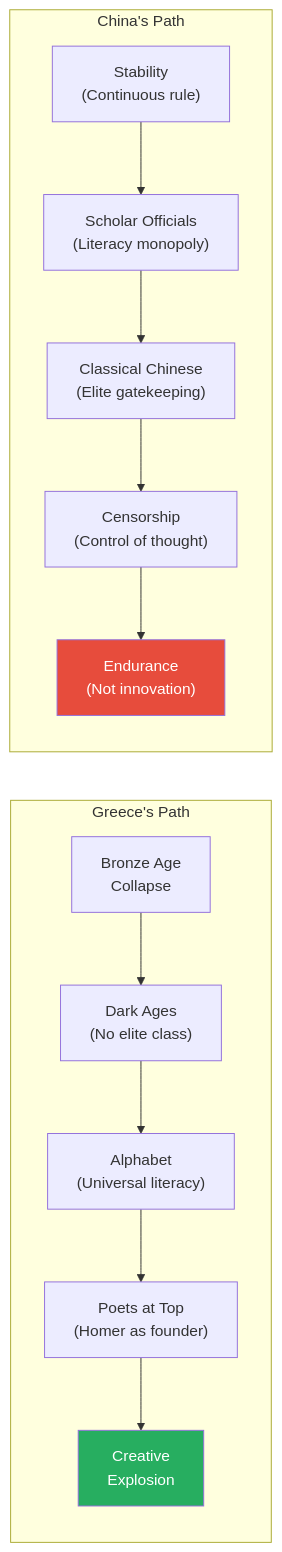
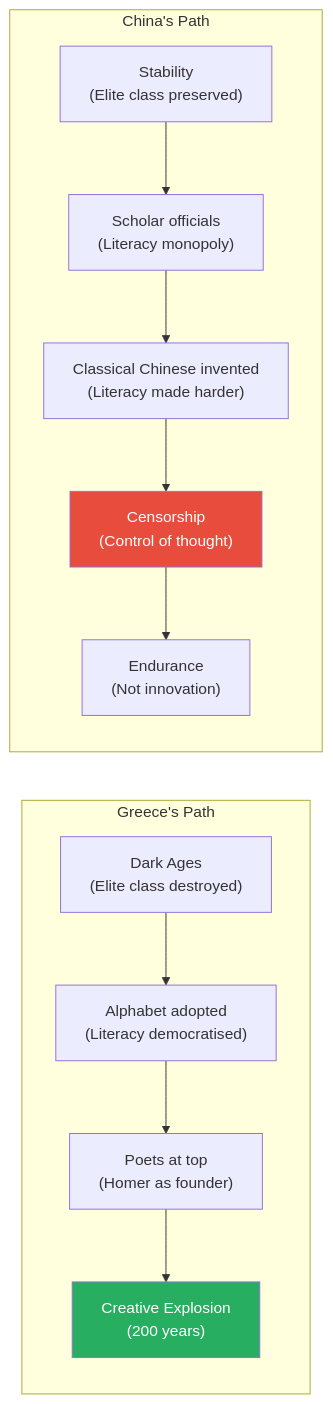
Before and after one commit to alius33/reader: the seventh of 7 diagrams in summaries/Lectures/Civilization/07 - Homer's Iliad and the Birth of Greek Civilization.md, drawn with Mermaid. The commit also changed other lines of this file and 26 other files, not shown here.

````diff
--- a/summaries/Lectures/Civilization/07 - Homer's Iliad and the Birth of Greek Civilization.md
+++ b/summaries/Lectures/Civilization/07 - Homer's Iliad and the Birth of Greek Civilization.md
@@ -579,17 +385,16 @@
 ```mermaid
 flowchart LR
-    subgraph PATH_G["Greece's Path"]
-        G_COLL["Bronze Age<br/>Collapse"] --> G_DARK["Dark Ages<br/>(No elite class)"]
-        G_DARK --> G_ALPHA["Alphabet<br/>(Universal literacy)"]
-        G_ALPHA --> G_POET["Poets at Top<br/>(Homer as founder)"]
-        G_POET --> G_INN["Creative<br/>Explosion"]
+    subgraph Greece["Greece's Path"]
+        GD["Dark Ages<br/>(Elite class destroyed)"] --> GA["Alphabet adopted<br/>(Literacy democratised)"]
+        GA --> GP["Poets at top<br/>(Homer as founder)"]
+        GP --> GI["Creative Explosion<br/>(200 years)"]
     end
-    subgraph PATH_C["China's Path"]
-        C_STAB["Stability<br/>(Continuous rule)"] --> C_ELITE["Scholar Officials<br/>(Literacy monopoly)"]
-        C_ELITE --> C_CLASS["Classical Chinese<br/>(Elite gatekeeping)"]
-        C_CLASS --> C_CENS["Censorship<br/>(Control of thought)"]
-        C_CENS --> C_END["Endurance<br/>(Not innovation)"]
+    subgraph China["China's Path"]
+        CS["Stability<br/>(Elite class preserved)"] --> CM["Scholar officials<br/>(Literacy monopoly)"]
+        CM --> CC["Classical Chinese invented<br/>(Literacy made harder)"]
+        CC --> CE["Censorship<br/>(Control of thought)"]
+        CE --> CD["Endurance<br/>(Not innovation)"]
     end
-    style G_INN fill:#27ae60,color:#fff
-    style C_END fill:#e74c3c,color:#fff
+    style GI fill:#27ae60,color:#fff
+    style CE fill:#e74c3c,color:#fff
 ```
````
